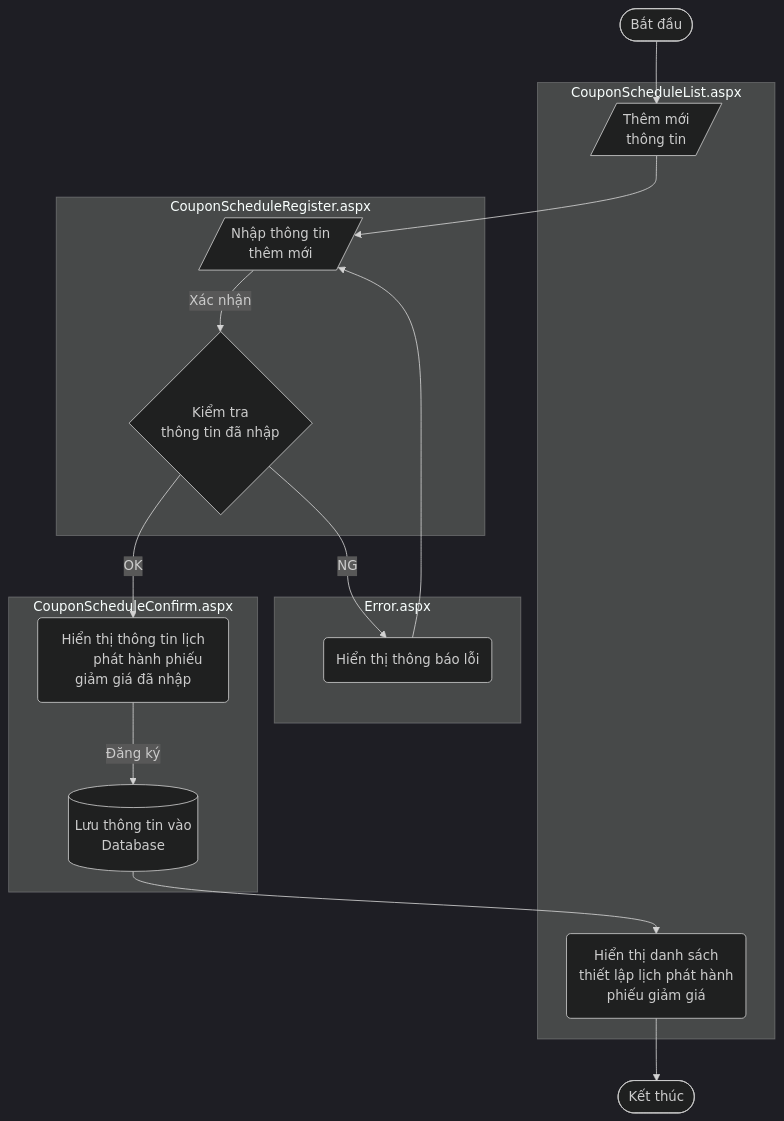
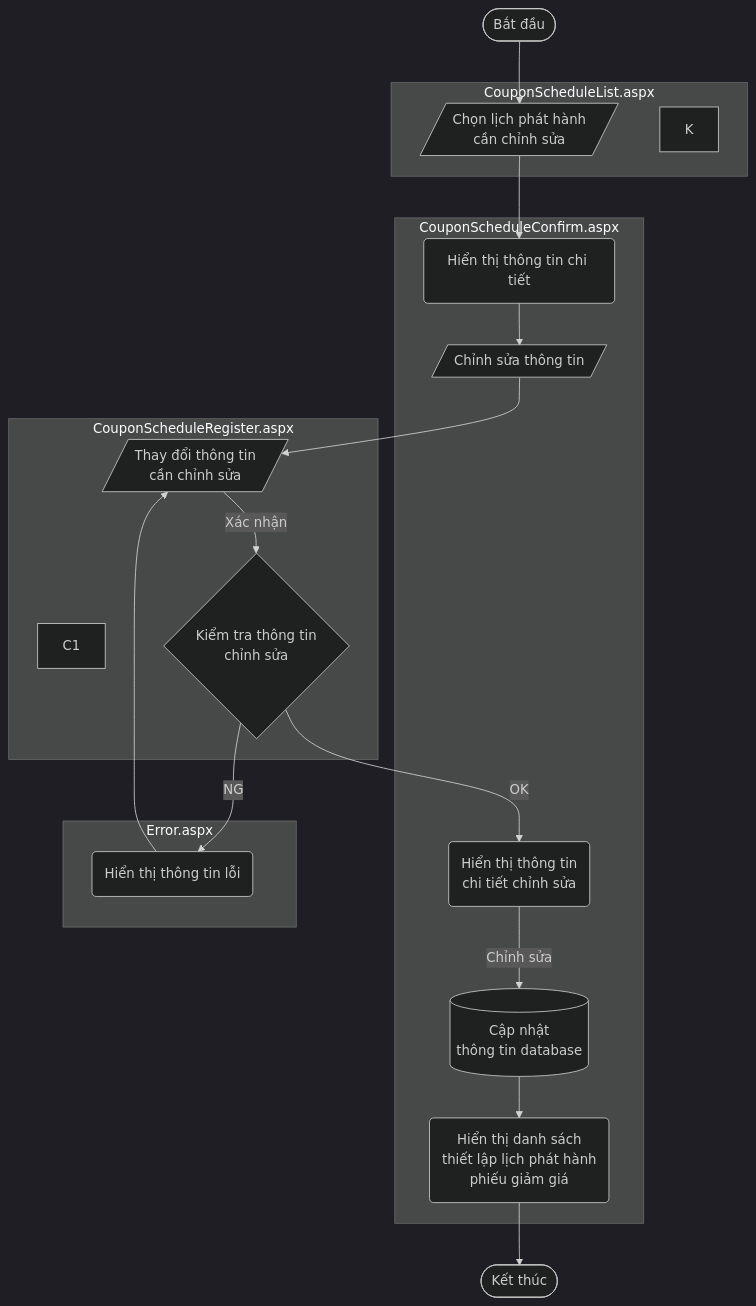
Before and after one commit to nghiemchibao01/doc: the diagram in README.md, drawn with Mermaid (dark theme).

````diff
--- a/README.md
+++ b/README.md
@@ -1,37 +1,41 @@
 ```mermaid
 flowchart TB
 
   subgraph CouponScheduleList.aspx
     A
+    K
+  end
+
+  subgraph CouponScheduleConfirm.aspx
+    A1
+    B
+    G
     H
+    I
   end
 
   subgraph CouponScheduleRegister.aspx
-    B
     C
+    C1
+    D
   end
 
   subgraph Error.aspx
-    D
-  end
-
-  subgraph CouponScheduleConfirm.aspx
-    E
     F
   end
 
-  Start([Bắt đầu]) --> A[/Thêm mới\n thông tin/]
-    A --> B[/Nhập thông tin\n thêm mới/]
-    B --> |Xác nhận| C{"Kiểm tra
-        thông tin đã nhập"}
-    C --> |OK| E("Hiển thị thông tin lịch
-        phát hành phiếu giảm giá đã nhập")
-    C --> |NG| D(Hiển thị thông báo lỗi)
-    D --> B
-    E --> |Đăng ký| F[("Lưu thông tin vào\n Database")]
-    F --> H("Hiển thị danh sách
-        thiết lập lịch phát hành
-        phiếu giảm giá")
-    H --> End([Kết thúc])
+  Start([Bắt đầu]) --> A[/Chọn lịch phát hành\n cần chỉnh sửa/]
+  A --> A1("Hiển thị thông tin chi tiết")
+  A1 --> B[/Chỉnh sửa thông tin/]
+  B --> C[/"Thay đổi thông tin
+      cần chỉnh sửa"/]
+  C --> |Xác nhận| D{Kiểm tra thông tin\n chỉnh sửa}
+  D --> |OK| G("Hiển thị thông tin
+      chi tiết chỉnh sửa")
+  D --> |NG| F(Hiển thị thông tin lỗi)
+  F --> C
+  G --> |Chỉnh sửa| H[("Cập nhật\n thông tin database")]
+  H --> I(Hiển thị danh sách\n thiết lập lịch phát hành\n phiếu giảm giá)
+  I --> End([Kết thúc])
   
 ```
````
